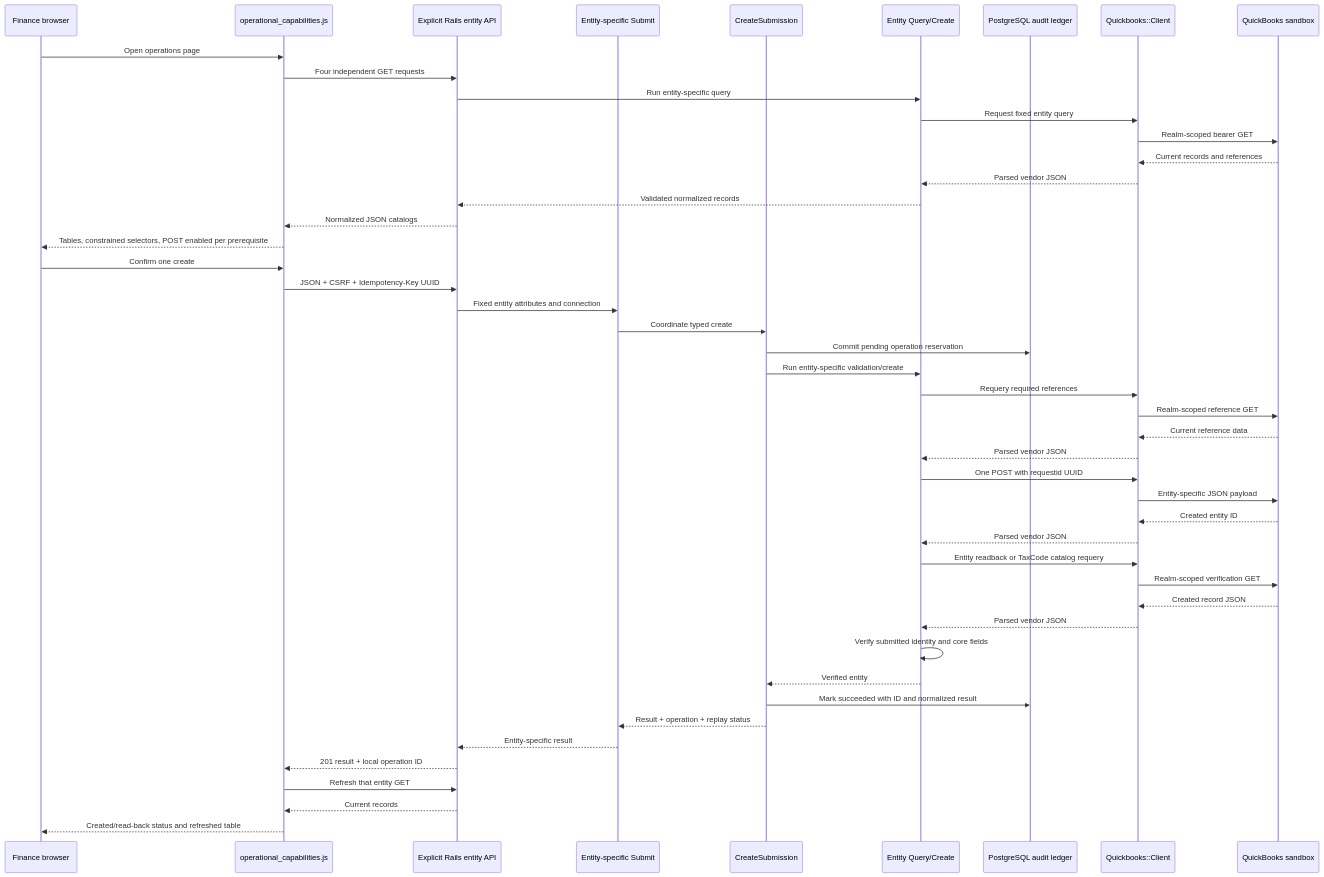
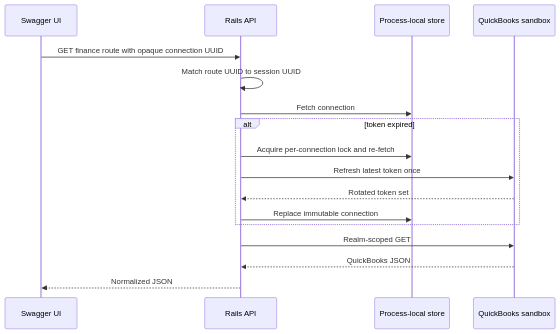
Before and after one commit to nakshatrasinghh/qbo-finance-bridge: the second of 4 diagrams in docs/data_flow.md, drawn with Mermaid. The commit also changed other lines of this file and 126 other files, not shown here.

First line of the commit message:
refactor(quickbooks)!: Use process-local sandbox connections

````diff
--- a/docs/data_flow.md
+++ b/docs/data_flow.md
@@ -181,49 +32,20 @@
 ```mermaid
 sequenceDiagram
-  participant B as Finance browser
-  participant J as operational_capabilities.js
-  participant A as Explicit Rails entity API
-  participant S as Entity-specific Submit
-  participant C as CreateSubmission
-  participant R as Entity Query/Create
-  participant D as PostgreSQL audit ledger
-  participant H as Quickbooks::Client
+  participant S as Swagger UI
+  participant R as Rails API
+  participant M as Process-local store
   participant Q as QuickBooks sandbox
-  B->>J: Open operations page
-  J->>A: Four independent GET requests
-  A->>R: Run entity-specific query
-  R->>H: Request fixed entity query
-  H->>Q: Realm-scoped bearer GET
-  Q-->>H: Current records and references
-  H-->>R: Parsed vendor JSON
-  R-->>A: Validated normalized records
-  A-->>J: Normalized JSON catalogs
-  J-->>B: Tables, constrained selectors, POST enabled per prerequisite
-  B->>J: Confirm one create
-  J->>A: JSON + CSRF + Idempotency-Key UUID
-  A->>S: Fixed entity attributes and connection
-  S->>C: Coordinate typed create
-  C->>D: Commit pending operation reservation
-  C->>R: Run entity-specific validation/create
-  R->>H: Requery required references
-  H->>Q: Realm-scoped reference GET
-  Q-->>H: Current reference data
-  H-->>R: Parsed vendor JSON
-  R->>H: One POST with requestid UUID
-  H->>Q: Entity-specific JSON payload
-  Q-->>H: Created entity ID
-  H-->>R: Parsed vendor JSON
-  R->>H: Entity readback or TaxCode catalog requery
-  H->>Q: Realm-scoped verification GET
-  Q-->>H: Created record JSON
-  H-->>R: Parsed vendor JSON
-  R->>R: Verify submitted identity and core fields
-  R-->>C: Verified entity
-  C->>D: Mark succeeded with ID and normalized result
-  C-->>S: Result + operation + replay status
-  S-->>A: Entity-specific result
-  A-->>J: 201 result + local operation ID
-  J->>A: Refresh that entity GET
-  A-->>J: Current records
-  J-->>B: Created/read-back status and refreshed table
+
+  S->>R: GET finance route with opaque connection UUID
+  R->>R: Match route UUID to session UUID
+  R->>M: Fetch connection
+  alt token expired
+    R->>M: Acquire per-connection lock and re-fetch
+    R->>Q: Refresh latest token once
+    Q-->>R: Rotated token set
+    R->>M: Replace immutable connection
+  end
+  R->>Q: Realm-scoped GET
+  Q-->>R: QuickBooks JSON
+  R-->>S: Normalized JSON
 ```
````
